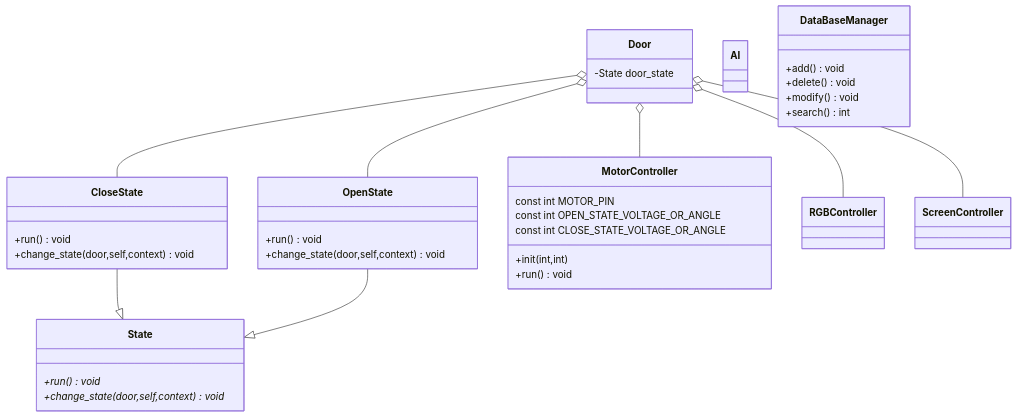
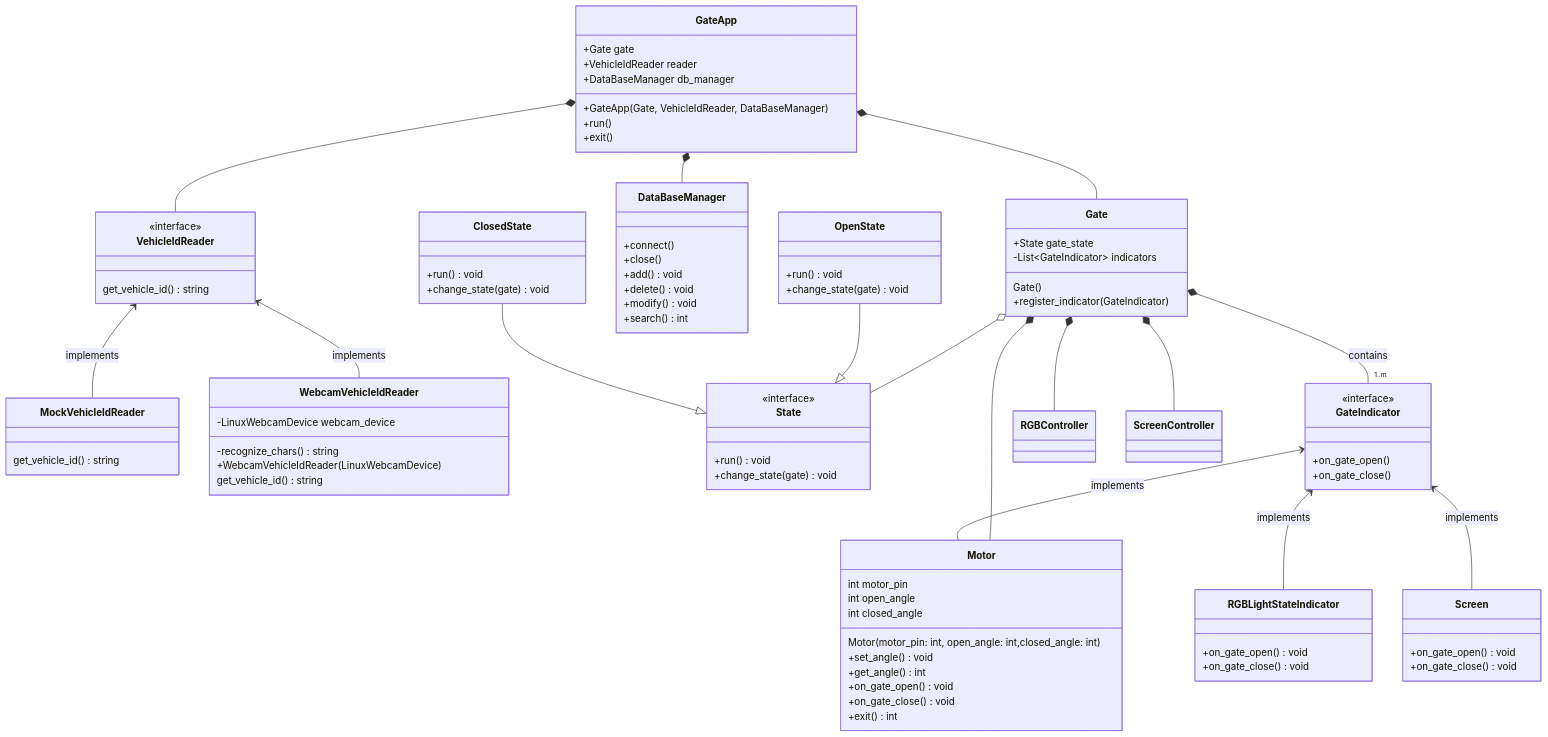
Before and after one commit to Xiaoyang-Lyu/y2_project: the first of 2 diagrams in software_structure.md, drawn with Mermaid. The commit also changed other lines of this file, not shown here.

Commit message:
code roast, UML redesign

````diff
--- a/software_structure.md
+++ b/software_structure.md
@@ -1,42 +1,105 @@
 ```mermaid
 classDiagram
 
-class State{
-    +run() void*
-    +change_state(door,self,context) void*
-
+class GateApp{
+    +Gate gate
+    +VehicleIdReader reader
+    +DataBaseManager db_manager
+    +GateApp(Gate, VehicleIdReader, DataBaseManager)
+    +run()
+    +exit()
+    
 }
 
-class CloseState{
+GateApp *-- Gate
+GateApp *-- VehicleIdReader
+GateApp *-- DataBaseManager
+
+class VehicleIdReader{
+    <<interface>>
+    get_vehicle_id() string
+}
+
+class MockVehicleIdReader{
+    get_vehicle_id() string
+}
+
+class WebcamVehicleIdReader{
+    -LinuxWebcamDevice webcam_device
+    -recognize_chars() string
+    +WebcamVehicleIdReader(LinuxWebcamDevice)
+    get_vehicle_id() string
+}
+
+VehicleIdReader <-- WebcamVehicleIdReader: implements
+VehicleIdReader <-- MockVehicleIdReader: implements
+
+
+
+
+class State{
+    <<interface>>
     +run() void
-    +change_state(door,self,context) void
+    +change_state(gate) void
+}
+
+
+
+class ClosedState{
+    +run() void
+    +change_state(gate) void
 }
 
 class OpenState{
     +run() void
-    +change_state(door,self,context) void
+    +change_state(gate) void
 }
 
-class MotorController{
-    const int MOTOR_PIN
-    const int OPEN_STATE_VOLTAGE_OR_ANGLE
-    const int CLOSE_STATE_VOLTAGE_OR_ANGLE
-    +init(int,int)
-    +run() void
+class Motor{
+    int motor_pin
+    int open_angle
+    int closed_angle
+    Motor(motor_pin: int, open_angle: int,closed_angle: int)
+    +set_angle() void
+    +get_angle() int
+    +on_gate_open() void
+    +on_gate_close() void
+    <!--TODO: stateless or not-->
+    +exit() int
+    
 }
 
-class RGBController
-
-class ScreenController
-
-
-class Door{
-    -State door_state
+class RGBLightStateIndicator{
+    +on_gate_open() void
+    +on_gate_close() void
 }
 
-class AI
+class Screen{
+    +on_gate_open() void
+    +on_gate_close() void
+}
+
+class Gate{
+    +State gate_state
+    -List~GateIndicator~ indicators
+    Gate()
+    +register_indicator(GateIndicator)
+}
+
+class GateIndicator{
+    <<interface>>
+    +on_gate_open()
+    +on_gate_close()
+}
+
+GateIndicator <-- Motor: implements
+GateIndicator <-- RGBLightStateIndicator: implements
+GateIndicator <-- Screen: implements
+Gate *-- "1..m" GateIndicator: contains
 
 class DataBaseManager{
+    +connect()
+    +close()
     +add() void
     +delete() void
     +modify() void
@@ -44,13 +107,12 @@
 }
 
 
-CloseState --|> State
+ClosedState --|> State
 OpenState --|> State
-Door o-- CloseState
-Door o-- OpenState
-Door o-- MotorController
-Door o-- RGBController
-Door o-- ScreenController
+Gate o-- State
+Gate *-- Motor
+Gate *-- RGBController
+Gate *-- ScreenController
 
 
 
````
